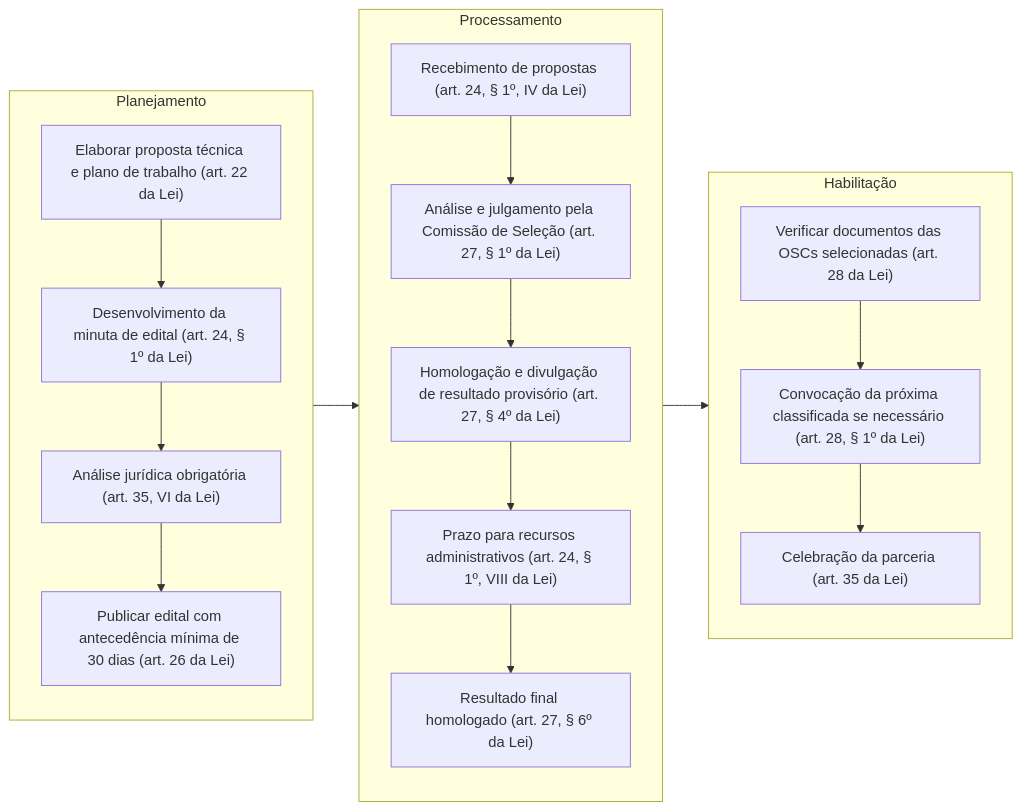
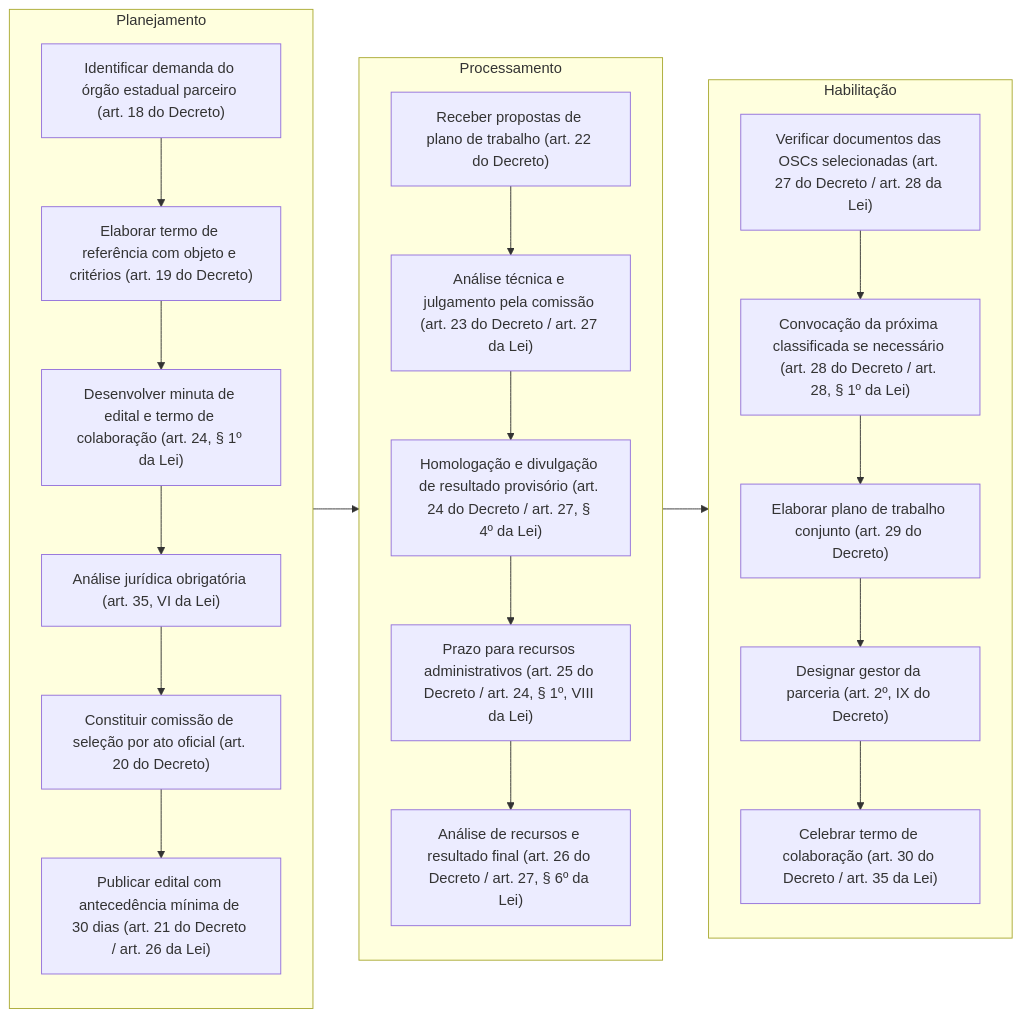
One commit to iepha-mg/manual.appi changed the first of 3 diagrams in paginas/marcos_regulatorios/MROSC/TC/README.md. Above: the diagram before and after it, drawn with Mermaid.

```diff
--- a/paginas/marcos_regulatorios/MROSC/TC/README.md
+++ b/paginas/marcos_regulatorios/MROSC/TC/README.md
@@ -58,25 +58,29 @@
 <div class="mermaid">
 flowchart LR
     subgraph Planejamento
-        A1["Elaborar proposta técnica e plano de trabalho (art. 22 da Lei)"]
-        A2["Desenvolvimento da minuta de edital (art. 24, § 1º da Lei)"]
-        A3["Análise jurídica obrigatória (art. 35, VI da Lei)"]
-        A4["Publicar edital com antecedência mínima de 30 dias (art. 26 da Lei)"]
-        A1 --> A2 --> A3 --> A4
+        A1["Identificar demanda do órgão estadual parceiro (art. 18 do Decreto)"]
+        A2["Elaborar termo de referência com objeto e critérios (art. 19 do Decreto)"]
+        A3["Desenvolver minuta de edital e termo de colaboração (art. 24, § 1º da Lei)"]
+        A4["Análise jurídica obrigatória (art. 35, VI da Lei)"]
+        A5["Constituir comissão de seleção por ato oficial (art. 20 do Decreto)"]
+        A6["Publicar edital com antecedência mínima de 30 dias (art. 21 do Decreto / art. 26 da Lei)"]
+        A1 --> A2 --> A3 --> A4 --> A5 --> A6
     end
     subgraph Processamento
-        B1["Recebimento de propostas (art. 24, § 1º, IV da Lei)"]
-        B2["Análise e julgamento pela Comissão de Seleção (art. 27, § 1º da Lei)"]
-        B3["Homologação e divulgação de resultado provisório (art. 27, § 4º da Lei)"]
-        B4["Prazo para recursos administrativos (art. 24, § 1º, VIII da Lei)"]
-        B5["Resultado final homologado (art. 27, § 6º da Lei)"]
+        B1["Receber propostas de plano de trabalho (art. 22 do Decreto)"]
+        B2["Análise técnica e julgamento pela comissão (art. 23 do Decreto / art. 27 da Lei)"]
+        B3["Homologação e divulgação de resultado provisório (art. 24 do Decreto / art. 27, § 4º da Lei)"]
+        B4["Prazo para recursos administrativos (art. 25 do Decreto / art. 24, § 1º, VIII da Lei)"]
+        B5["Análise de recursos e resultado final (art. 26 do Decreto / art. 27, § 6º da Lei)"]
         B1 --> B2 --> B3 --> B4 --> B5
     end
     subgraph Habilitação
-        C1["Verificar documentos das OSCs selecionadas (art. 28 da Lei)"]
-        C2["Convocação da próxima classificada se necessário (art. 28, § 1º da Lei)"]
-        C3["Celebração da parceria (art. 35 da Lei)"]
-        C1 --> C2 --> C3
+        C1["Verificar documentos das OSCs selecionadas (art. 27 do Decreto / art. 28 da Lei)"]
+        C2["Convocação da próxima classificada se necessário (art. 28 do Decreto / art. 28, § 1º da Lei)"]
+        C3["Elaborar plano de trabalho conjunto (art. 29 do Decreto)"]
+        C4["Designar gestor da parceria (art. 2º, IX do Decreto)"]
+        C5["Celebrar termo de colaboração (art. 30 do Decreto / art. 35 da Lei)"]
+        C1 --> C2 --> C3 --> C4 --> C5
     end
     Planejamento --> Processamento --> Habilitação
 </div>
```
